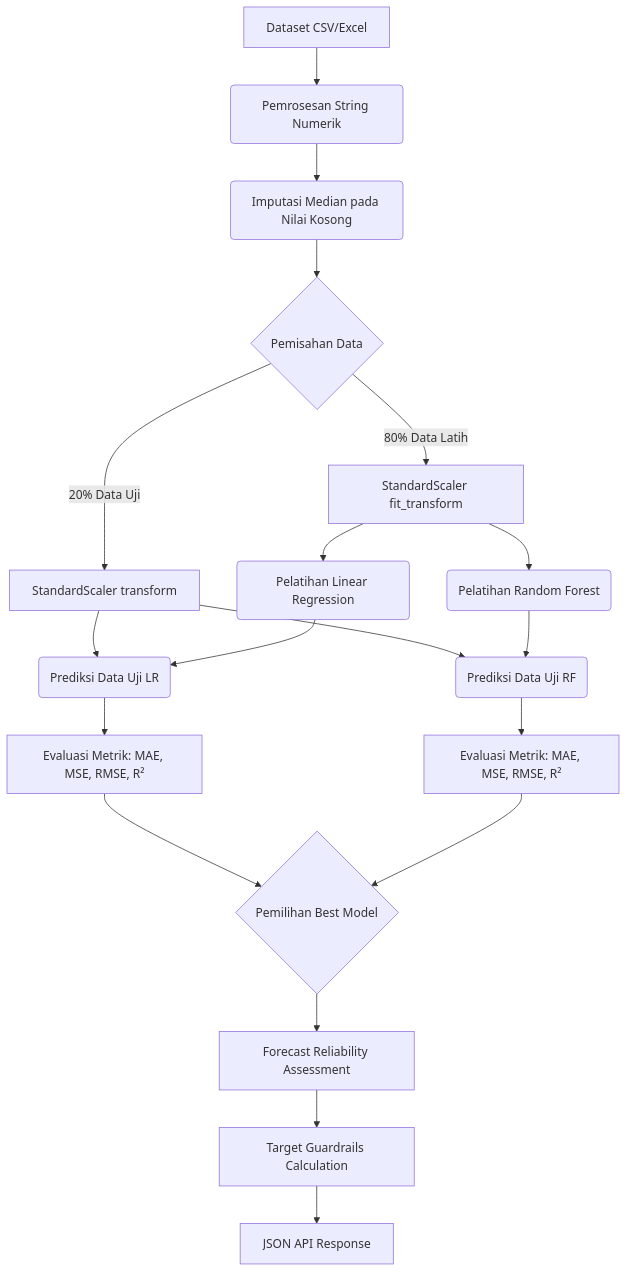
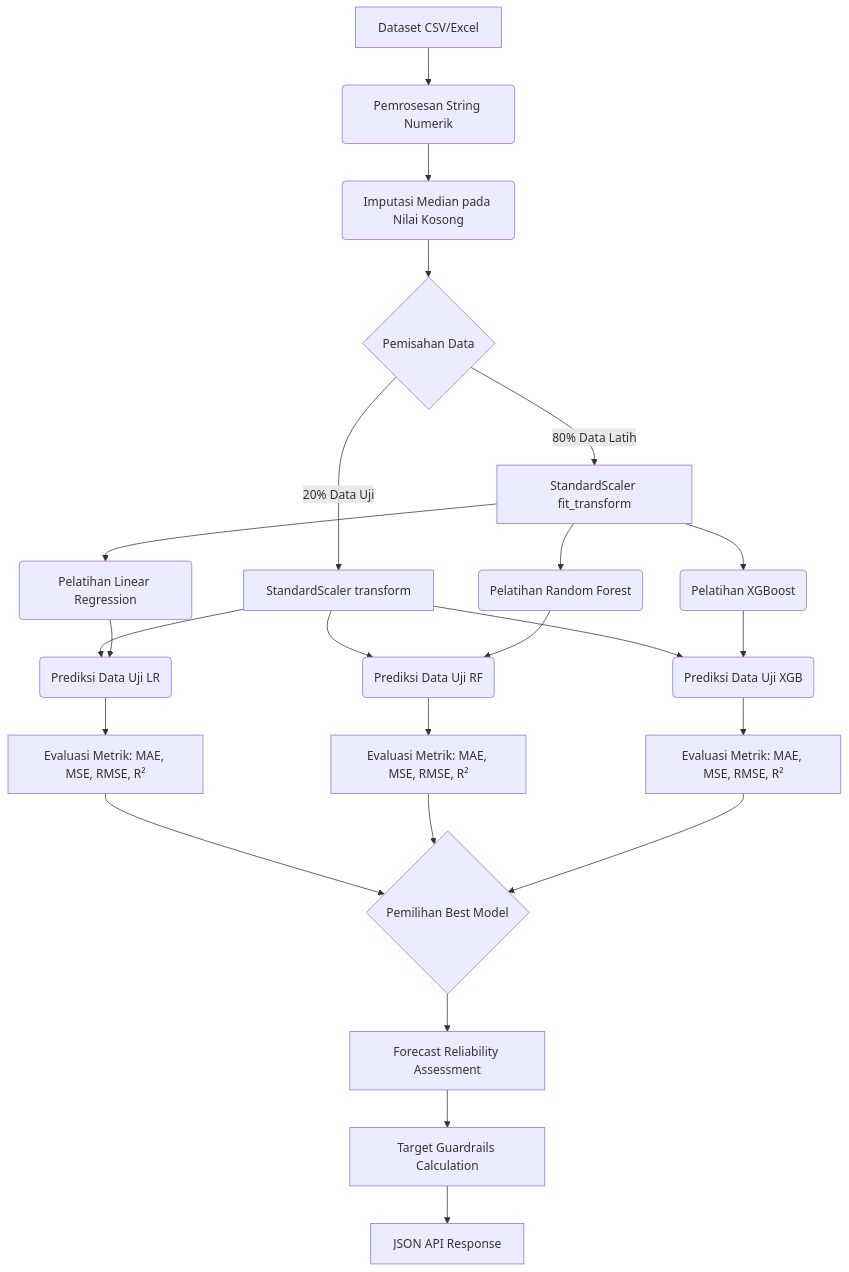
Before and after one commit to roderikusro/PredictIQ: the first of 4 diagrams in docs/05_technical_statistics_ml.md, drawn with Mermaid. The commit also changed other lines of this file and 1 other file, not shown here.

Commit message:
docs: update technical documentation to include XGBoost model and enhance project overview

````diff
--- a/docs/05_technical_statistics_ml.md
+++ b/docs/05_technical_statistics_ml.md
@@ -11,28 +11,33 @@
 ```mermaid
 graph TD
     A[Dataset CSV/Excel] --> B(Pemrosesan String Numerik)
     B --> C(Imputasi Median pada Nilai Kosong)
     C --> D{Pemisahan Data}
     
     D -->|80% Data Latih| E[StandardScaler fit_transform]
     D -->|20% Data Uji| F[StandardScaler transform]
     
     E --> G(Pelatihan Linear Regression)
     E --> H(Pelatihan Random Forest)
+    E --> H2(Pelatihan XGBoost)
     
     F --> I(Prediksi Data Uji LR)
     F --> J(Prediksi Data Uji RF)
+    F --> J2(Prediksi Data Uji XGB)
     
     G --> I
     H --> J
+    H2 --> J2
     
     I --> K[Evaluasi Metrik: MAE, MSE, RMSE, R²]
     J --> L[Evaluasi Metrik: MAE, MSE, RMSE, R²]
+    J2 --> L2[Evaluasi Metrik: MAE, MSE, RMSE, R²]
     
     K --> M{Pemilihan Best Model}
     L --> M
+    L2 --> M
     
     M --> N[Forecast Reliability Assessment]
     N --> O[Target Guardrails Calculation]
     O --> P[JSON API Response]
 ```
````
